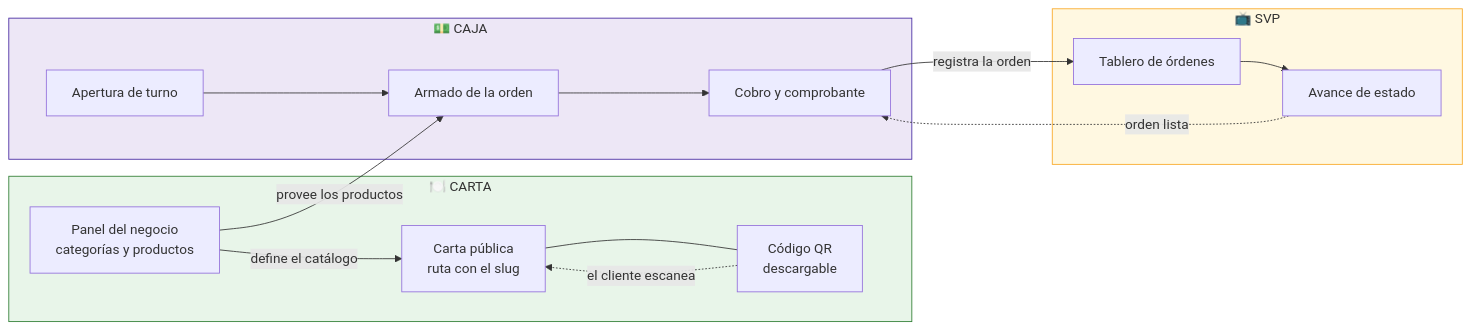
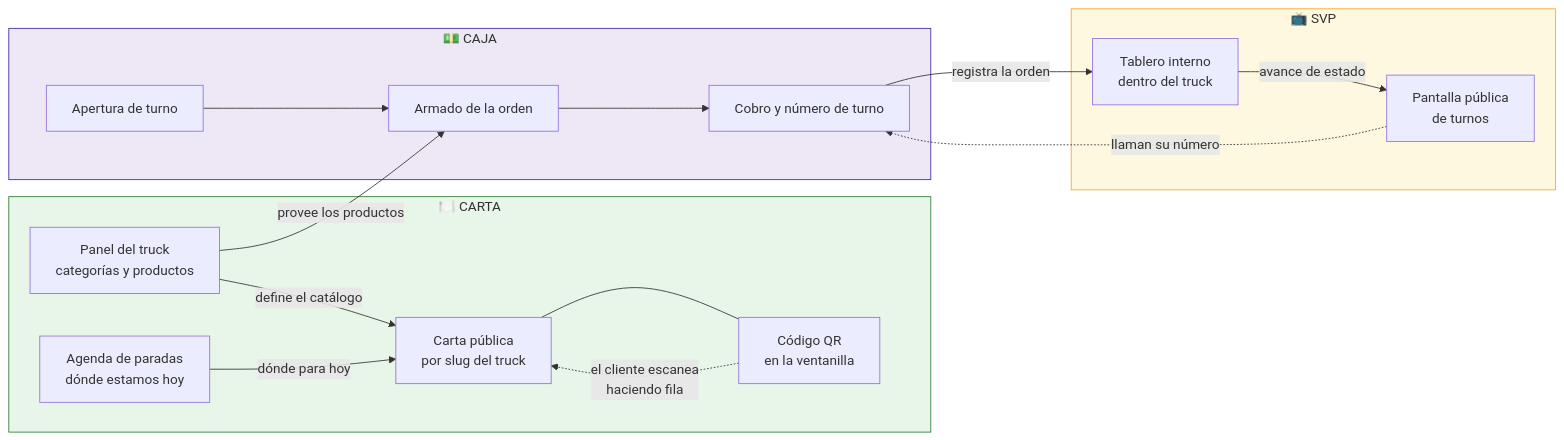
One commit to Lain-Ramirez/Menu08 changed the first of 7 diagrams in README.md. Above: the diagram before and after it, drawn with Mermaid. The commit also changed other lines of this file and 3 other files, not shown here.

````diff
--- a/README.md
+++ b/README.md
@@ -25,30 +26,32 @@
 ```mermaid
 flowchart LR
     subgraph CARTA["🍽️ CARTA"]
-        A1["Panel del negocio<br/>categorías y productos"]
-        A2["Carta pública<br/>ruta con el slug"]
-        A3["Código QR<br/>descargable"]
+        A1["Panel del truck<br/>categorías y productos"]
+        A5["Agenda de paradas<br/>dónde estamos hoy"]
+        A2["Carta pública<br/>por slug del truck"]
+        A3["Código QR<br/>en la ventanilla"]
     end
     subgraph CAJA["💵 CAJA"]
         B1["Apertura de turno"]
         B2["Armado de la orden"]
-        B3["Cobro y comprobante"]
+        B3["Cobro y número de turno"]
     end
     subgraph SVP["📺 SVP"]
-        C1["Tablero de órdenes"]
-        C2["Avance de estado"]
+        C1["Tablero interno<br/>dentro del truck"]
+        C2["Pantalla pública<br/>de turnos"]
     end
 
     A1 -->|"define el catálogo"| A2
+    A5 -->|"dónde para hoy"| A2
     A1 -->|"provee los productos"| B2
     A2 --- A3
-    A3 -.->|"el cliente escanea"| A2
+    A3 -.->|"el cliente escanea<br/>haciendo fila"| A2
     B1 --> B2 --> B3
     B3 -->|"registra la orden"| C1
-    C1 --> C2
-    C2 -.->|"orden lista"| B3
+    C1 -->|"avance de estado"| C2
+    C2 -.->|"llaman su número"| B3
 
     style CARTA fill:#e8f5e9,stroke:#2e7d32
     style CAJA fill:#ede7f6,stroke:#4527a0
     style SVP fill:#fff8e1,stroke:#f9a825
 ```
````
